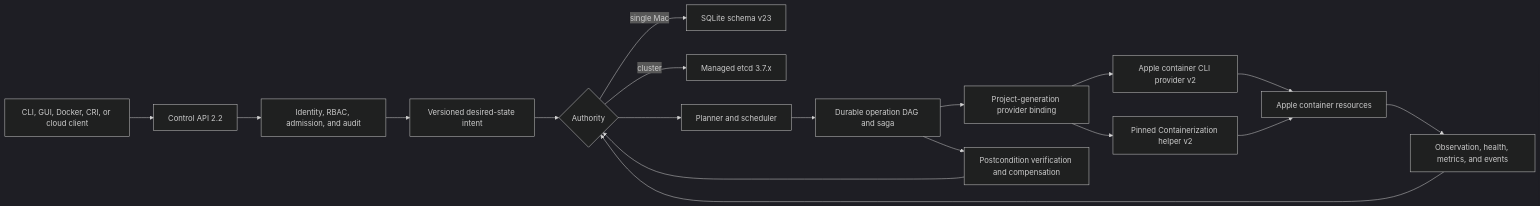
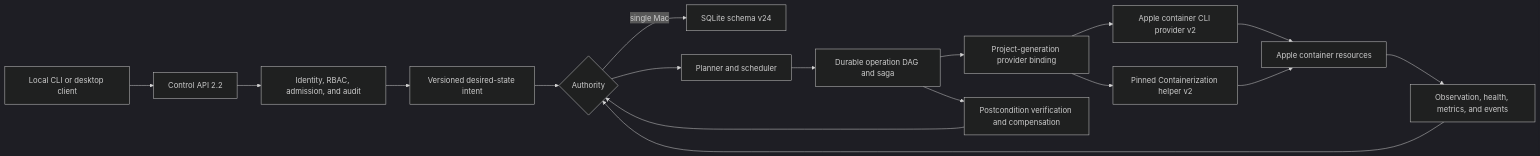
The diagram in docs/roadmap/v0.0.2/IMPLEMENTATION_PLAN.md (hostwright/hostwright), drawn with Mermaid (dark theme) before and after one commit. The commit also changed other lines of this file and 9 other files, not shown here.

Commit message:
chore: scope v0.0.2 to local CLI and desktop (Refs #284)

````diff
--- a/docs/roadmap/v0.0.2/IMPLEMENTATION_PLAN.md
+++ b/docs/roadmap/v0.0.2/IMPLEMENTATION_PLAN.md
@@ -53,20 +35,19 @@
 ```mermaid
 flowchart LR
-    U["CLI, GUI, Docker, CRI, or cloud client"] --> API["Control API 2.2"]
+    U["Local CLI or desktop client"] --> API["Control API 2.2"]
     API --> AUTH["Identity, RBAC, admission, and audit"]
     AUTH --> INTENT["Versioned desired-state intent"]
     INTENT --> STATE{"Authority"}
-    STATE -->|"single Mac"| SQLITE["SQLite schema v23"]
-    STATE -->|"cluster"| ETCD["Managed etcd 3.7.x"]
+    STATE -->|"single Mac"| SQLITE["SQLite schema v24"]
     STATE --> PLAN["Planner and scheduler"]
     PLAN --> SAGA["Durable operation DAG and saga"]
     SAGA --> BIND["Project-generation provider binding"]
     BIND --> CLI["Apple container CLI provider v2"]
     BIND --> HELPER["Pinned Containerization helper v2"]
     CLI --> APPLE["Apple container resources"]
     HELPER --> APPLE
     APPLE --> OBSERVE["Observation, health, metrics, and events"]
     OBSERVE --> STATE
     SAGA --> VERIFY["Postcondition verification and compensation"]
     VERIFY --> STATE
 ```
````
